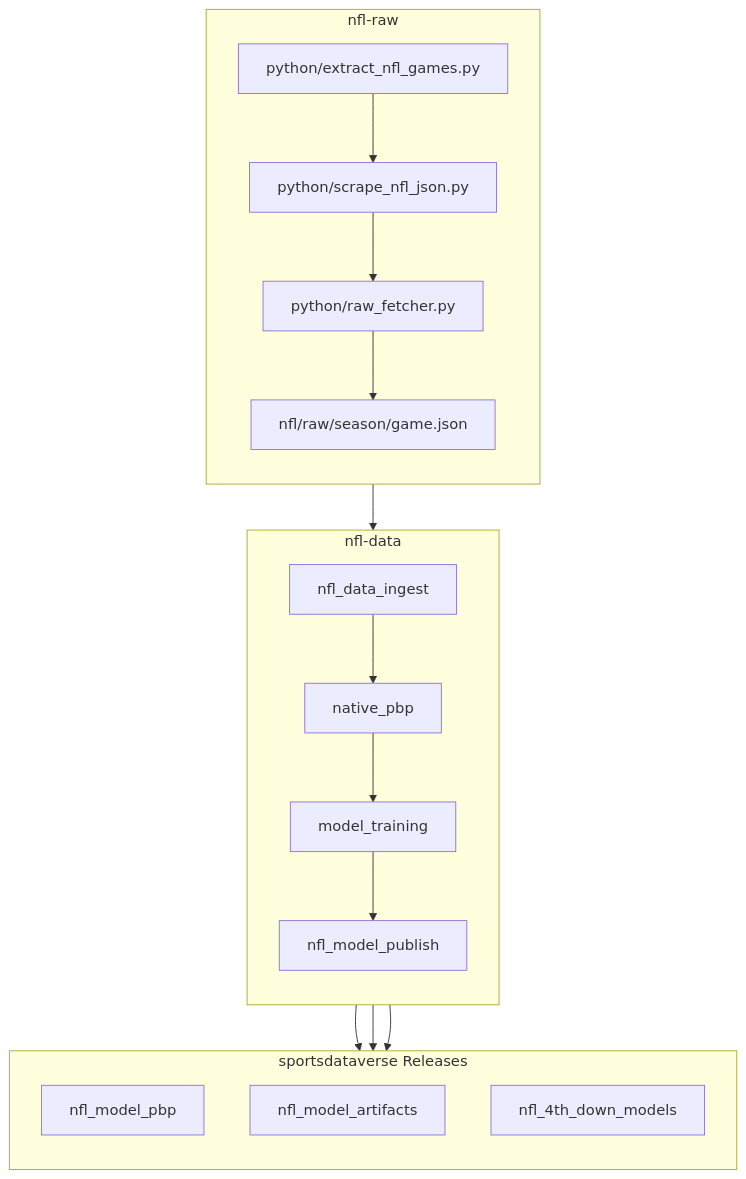
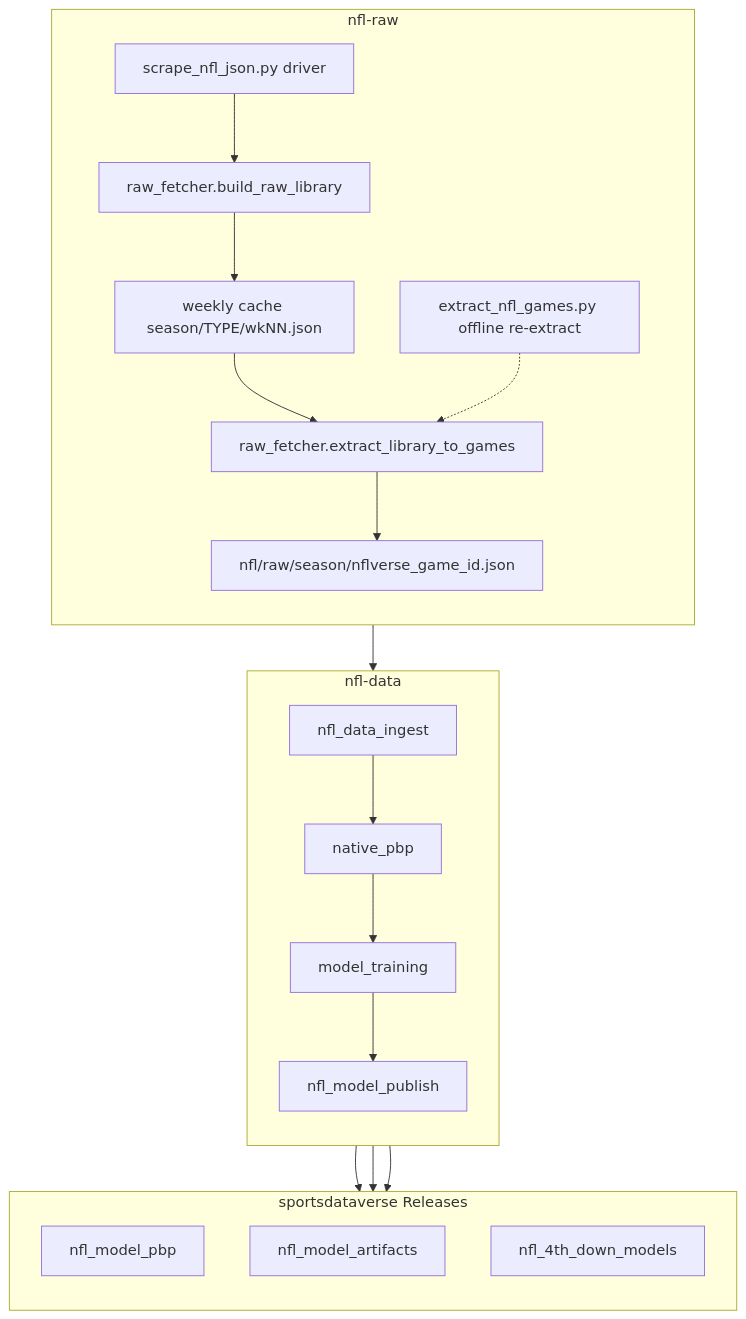
Before and after one commit to sportsdataverse/nfl-raw: the second of 2 diagrams in README.md, drawn with Mermaid. The commit also changed other lines of this file, not shown here.

````diff
--- a/README.md
+++ b/README.md
@@ -21,28 +21,30 @@
 ```mermaid
 flowchart TB;
     subgraph A[nfl-raw];
         direction TB;
-        A1[python/extract_nfl_games.py]-->A2[python/scrape_nfl_json.py];
-        A2-->A3[python/raw_fetcher.py];
-        A3-->A4[nfl/raw/season/game.json];
+        A1[scrape_nfl_json.py driver]-->A2[raw_fetcher.build_raw_library];
+        A2-->A3[weekly cache season/TYPE/wkNN.json];
+        A3-->A4[raw_fetcher.extract_library_to_games];
+        A4-->A5[nfl/raw/season/nflverse_game_id.json];
+        A6[extract_nfl_games.py offline re-extract]-.->A4;
     end;
 
     subgraph B[nfl-data];
         direction TB;
         B1[nfl_data_ingest]-->B2[native_pbp];
         B2-->B3[model_training];
         B3-->B4[nfl_model_publish];
     end;
 
     subgraph C[sportsdataverse Releases];
         direction TB;
         C1[nfl_model_pbp];
         C2[nfl_model_artifacts];
         C3[nfl_4th_down_models];
     end;
 
     A-->B;
     B-->C1;
     B-->C2;
     B-->C3;
 ```
````
